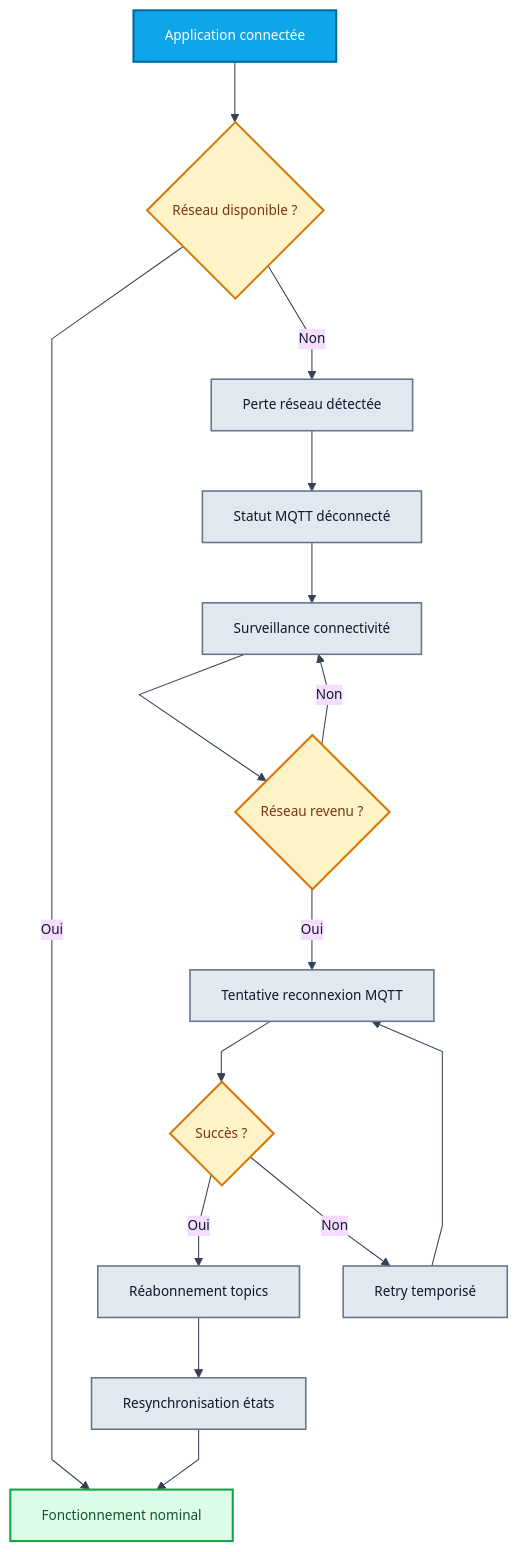
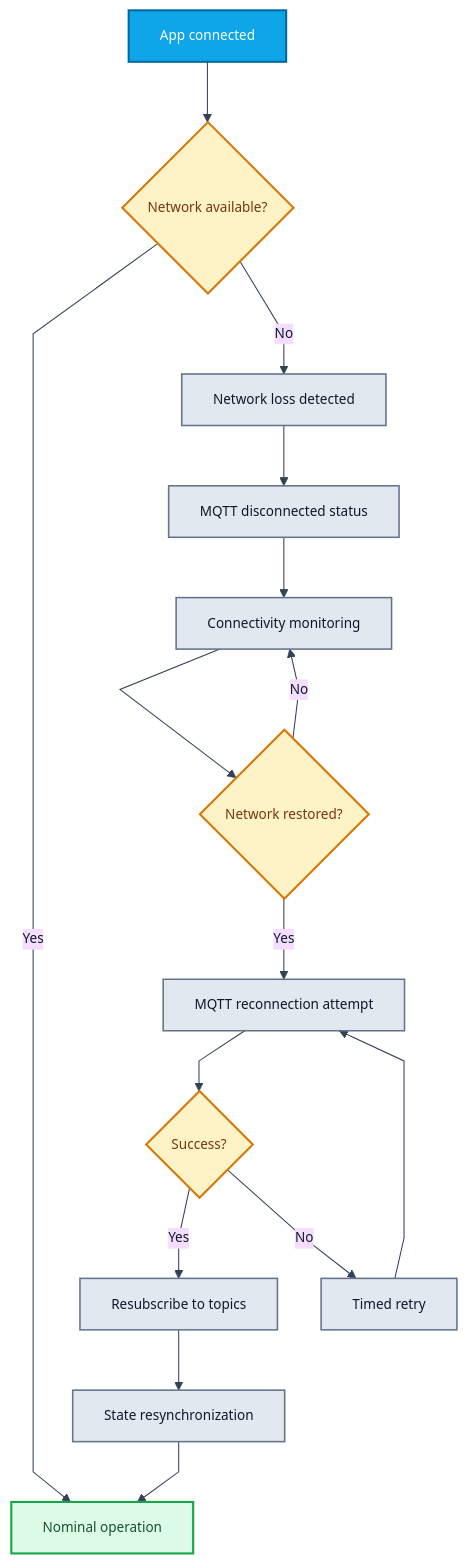
Before and after one commit to Kacper264/WaveControl-Mobile_App: the fourth of 8 diagrams in LOGIGRAMMES_MERMAID.md, drawn with Mermaid. The commit also changed other lines of this file and 41 other files, not shown here.

````diff
--- a/LOGIGRAMMES_MERMAID.md
+++ b/LOGIGRAMMES_MERMAID.md
@@ -141,29 +141,29 @@
 ```mermaid
 %%{init: {'theme':'base','flowchart':{'nodeSpacing':42,'rankSpacing':58,'curve':'linear'},'themeVariables':{'fontSize':'13px','lineColor':'#334155','primaryTextColor':'#0f172a','fontFamily':'Inter,Segoe UI,Arial'}}}%%
 flowchart TD
-    A[Application connectée] --> B{Réseau disponible ?}
-    B -->|Oui| C[Fonctionnement nominal]
-    B -->|Non| D[Perte réseau détectée]
-    D --> E[Statut MQTT déconnecté]
-    E --> F[Surveillance connectivité]
-    F --> G{Réseau revenu ?}
-    G -->|Non| F
-    G -->|Oui| H[Tentative reconnexion MQTT]
-    H --> I{Succès ?}
-    I -->|Oui| J[Réabonnement topics]
-    J --> K[Resynchronisation états]
+  A[App connected] --> B{Network available?}
+  B -->|Yes| C[Nominal operation]
+  B -->|No| D[Network loss detected]
+  D --> E[MQTT disconnected status]
+  E --> F[Connectivity monitoring]
+  F --> G{Network restored?}
+  G -->|No| F
+  G -->|Yes| H[MQTT reconnection attempt]
+  H --> I{Success?}
+  I -->|Yes| J[Resubscribe to topics]
+  J --> K[State resynchronization]
     K --> C
-    I -->|Non| L[Retry temporisé]
+  I -->|No| L[Timed retry]
     L --> H
 
     classDef start fill:#0ea5e9,stroke:#0369a1,color:#ffffff,stroke-width:2px;
     classDef action fill:#e2e8f0,stroke:#64748b,color:#0f172a,stroke-width:1.5px;
     classDef decision fill:#fef3c7,stroke:#d97706,color:#78350f,stroke-width:2px;
     classDef result fill:#dcfce7,stroke:#16a34a,color:#14532d,stroke-width:2px;
     classDef warning fill:#fee2e2,stroke:#dc2626,color:#7f1d1d,stroke-width:1.8px;
 
     class A start;
     class D,E,F,H,J,K,L action;
     class B,G,I decision;
     class C result;
 ```
````
